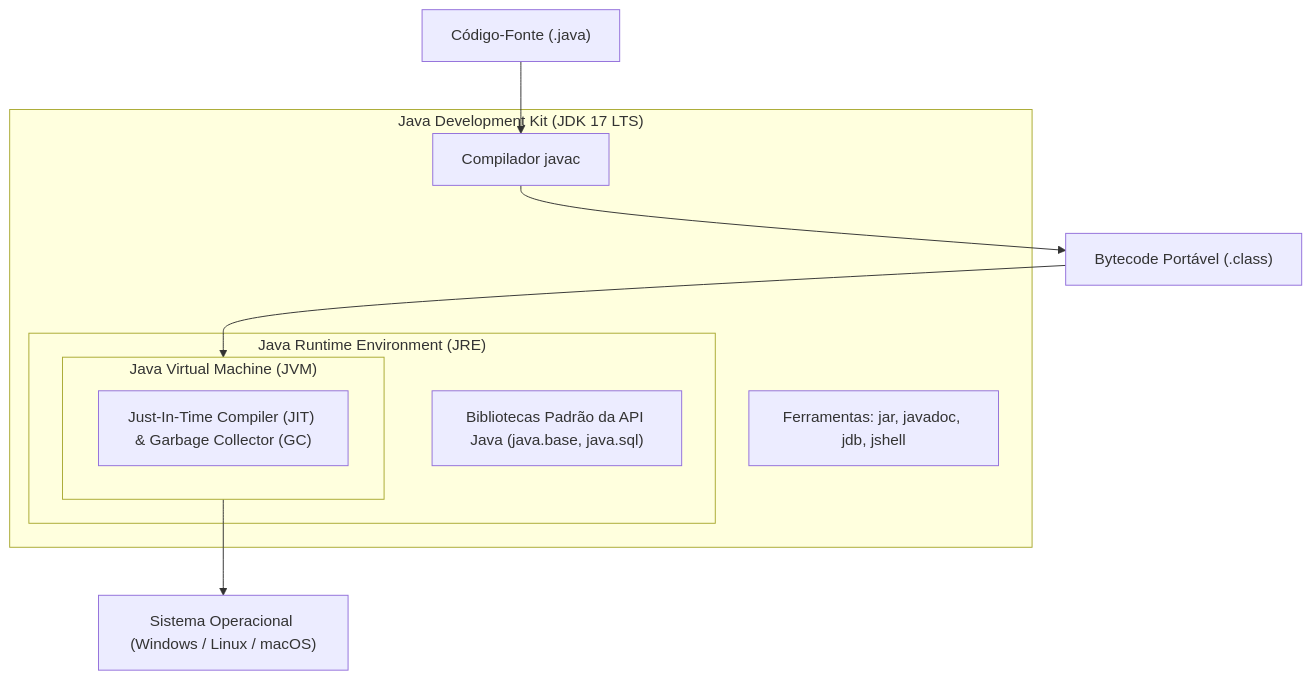
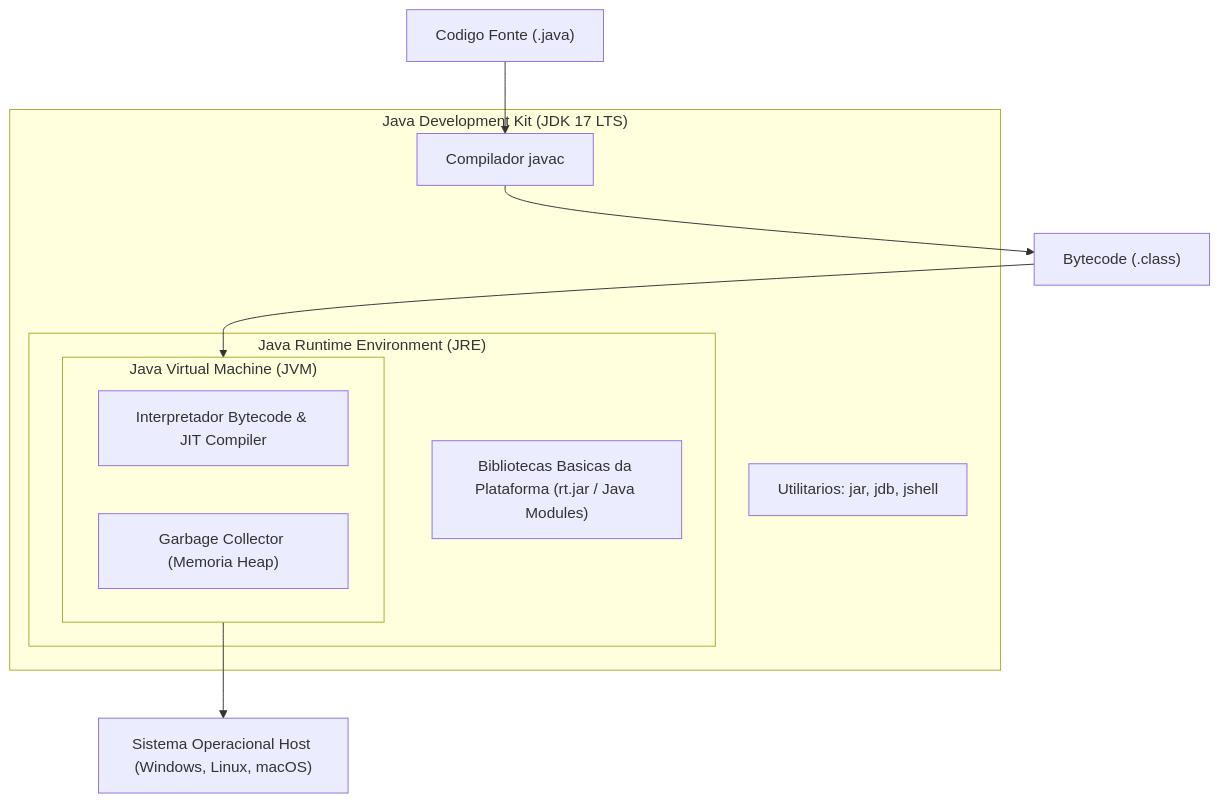
One commit to murilolol/unifef changed the fifth of 17 diagrams in 3º Semestre/[Prof. Jefferson Passerini] Laboratório de Programação III/Resumos-IA/Caderno-Consolidado.md. Above: the diagram before and after it, drawn with Mermaid. The commit also changed other lines of this file and 10 other files, not shown here.

````diff
--- a/3º Semestre/[Prof. Jefferson Passerini] Laboratório de Programação III/Resumos-IA/Caderno-Consolidado.md
+++ b/3º Semestre/[Prof. Jefferson Passerini] Laboratório de Programação III/Resumos-IA/Caderno-Consolidado.md
@@ -90,17 +521,18 @@
 ```mermaid
 flowchart TD
     subgraph JDK["Java Development Kit (JDK 17 LTS)"]
         subgraph JRE["Java Runtime Environment (JRE)"]
             subgraph JVM["Java Virtual Machine (JVM)"]
-                Engine["Just-In-Time Compiler (JIT) & Garbage Collector (GC)"]
+                Core["Interpretador Bytecode & JIT Compiler"]
+                GC["Garbage Collector (Memoria Heap)"]
             end
-            Libs["Bibliotecas Padrão da API Java (java.base, java.sql)"]
+            Libs["Bibliotecas Basicas da Plataforma (rt.jar / Java Modules)"]
         end
         Compilador["Compilador javac"]
-        DevTools["Ferramentas: jar, javadoc, jdb, jshell"]
+        Tools["Utilitarios: jar, jdb, jshell"]
     end
-    Source["Código-Fonte (.java)"] --> Compilador
-    Compilador --> Bytecode["Bytecode Portável (.class)"]
+    Source["Codigo Fonte (.java)"] --> Compilador
+    Compilador --> Bytecode["Bytecode (.class)"]
     Bytecode --> JVM
-    JVM --> OS["Sistema Operacional (Windows / Linux / macOS)"]
+    JVM --> OS["Sistema Operacional Host (Windows, Linux, macOS)"]
 ```
````
